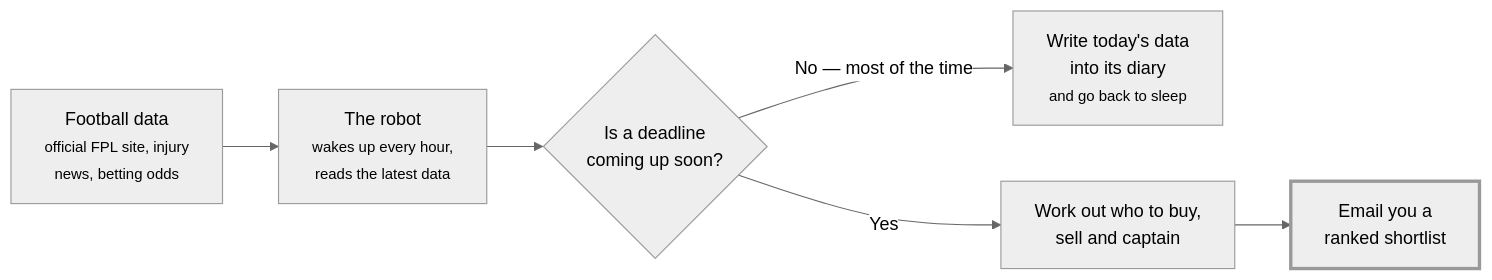
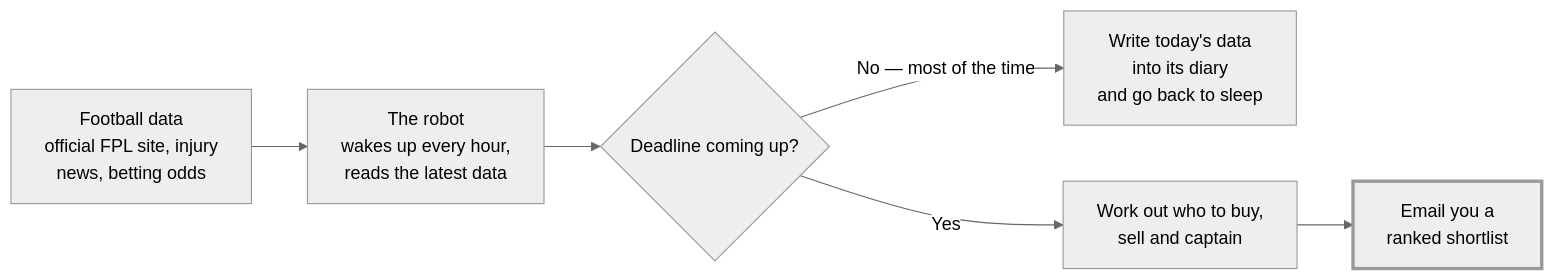
The first of 12 diagrams in docs/DIAGRAMS.md (MasonGallagher/FplBot), drawn with Mermaid (neutral theme) before and after one commit. The commit also changed other lines of this file and 1 other file, not shown here.

````diff
--- a/docs/DIAGRAMS.md
+++ b/docs/DIAGRAMS.md
@@ -38,16 +38,16 @@
 ```mermaid
 flowchart LR
-    A["Football data<br/><small>official FPL site, injury<br/>news, betting odds</small>"]
-    B["The robot<br/><small>wakes up every hour,<br/>reads the latest data</small>"]
-    C{"Is a deadline<br/>coming up soon?"}
-    D["Write today's data<br/>into its diary<br/><small>and go back to sleep</small>"]
+    A["Football data<br/>official FPL site, injury<br/>news, betting odds"]
+    B["The robot<br/>wakes up every hour,<br/>reads the latest data"]
+    C{"Deadline coming up?"}
+    D["Write today's data<br/>into its diary<br/>and go back to sleep"]
     E["Work out who to buy,<br/>sell and captain"]
     F["Email you a<br/>ranked shortlist"]
 
     A --> B --> C
     C -->|"No — most of the time"| D
     C -->|"Yes"| E --> F
 
     classDef emphasis stroke-width:3px
     class F emphasis
 ```
````
